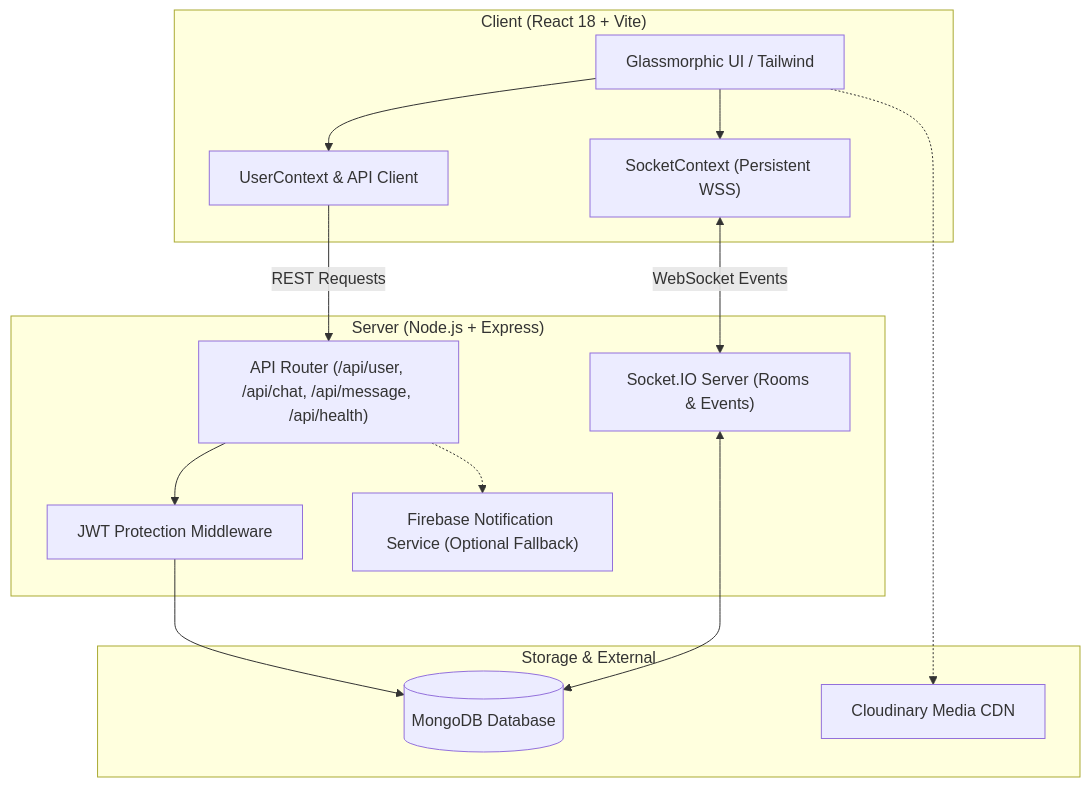
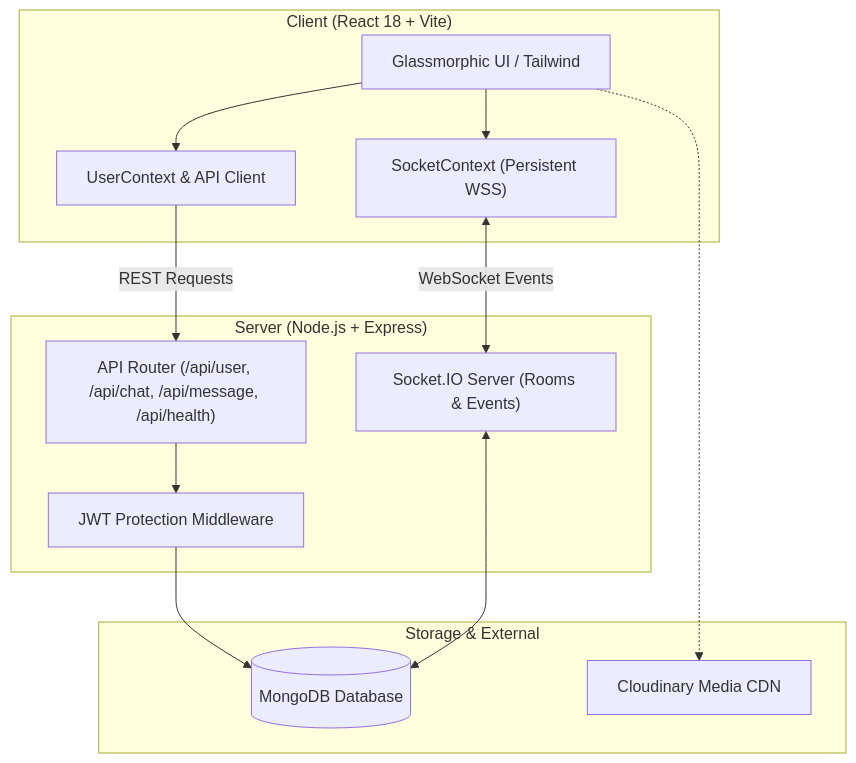
Before and after one commit to viivek310/chatapp: the diagram in README.md, drawn with Mermaid. The commit also changed other lines of this file and 9 other files, not shown here.

````diff
--- a/README.md
+++ b/README.md
@@ -30,30 +30,28 @@
 ```mermaid
 graph TD
     subgraph Client["Client (React 18 + Vite)"]
         UI["Glassmorphic UI / Tailwind"]
         SC["SocketContext (Persistent WSS)"]
         AuthCtx["UserContext & API Client"]
     end
 
     subgraph Backend["Server (Node.js + Express)"]
         Routes["API Router (/api/user, /api/chat, /api/message, /api/health)"]
         SocketServer["Socket.IO Server (Rooms & Events)"]
         AuthMiddleware["JWT Protection Middleware"]
-        FBM["Firebase Notification Service (Optional Fallback)"]
     end
 
     subgraph Persistence["Storage & External"]
         Mongo[(MongoDB Database)]
         Cloudinary[Cloudinary Media CDN]
     end
 
     UI --> SC
     UI --> AuthCtx
     SC <-->|WebSocket Events| SocketServer
     AuthCtx -->|REST Requests| Routes
     Routes --> AuthMiddleware
     AuthMiddleware --> Mongo
     SocketServer <--> Mongo
-    Routes -.-> FBM
     UI -.-> Cloudinary
 ```
````
